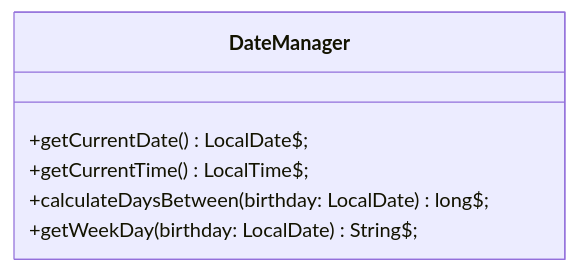
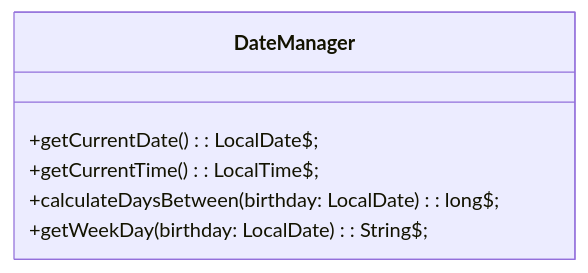
Before and after one commit to wielandjan/java_helloWorld_1: the first of 4 diagrams in scr/exercises/Programmieren1/SampleExam/ReadMe.md, drawn with Mermaid.

Commit message:
modified:   scr/exercises/Programmieren1/SampleExam/ReadMe.md

````diff
--- a/scr/exercises/Programmieren1/SampleExam/ReadMe.md
+++ b/scr/exercises/Programmieren1/SampleExam/ReadMe.md
@@ -53,9 +53,9 @@
 ```mermaid
 classDiagram
     class DateManager {
-        +getCurrentDate() LocalDate$;
-        +getCurrentTime() LocalTime$;
-        +calculateDaysBetween(birthday: LocalDate) long$;
-        +getWeekDay(birthday: LocalDate) String$;
+        +getCurrentDate(): LocalDate$;
+        +getCurrentTime(): LocalTime$;
+        +calculateDaysBetween(birthday: LocalDate): long$;
+        +getWeekDay(birthday: LocalDate): String$;
     }
 ```
````
